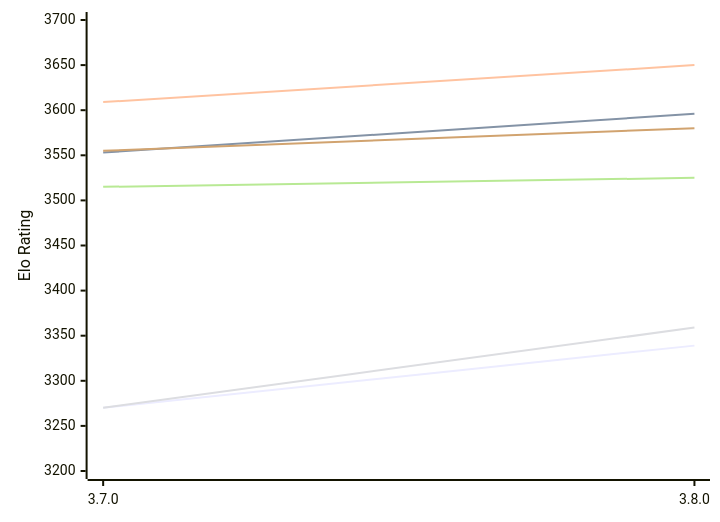
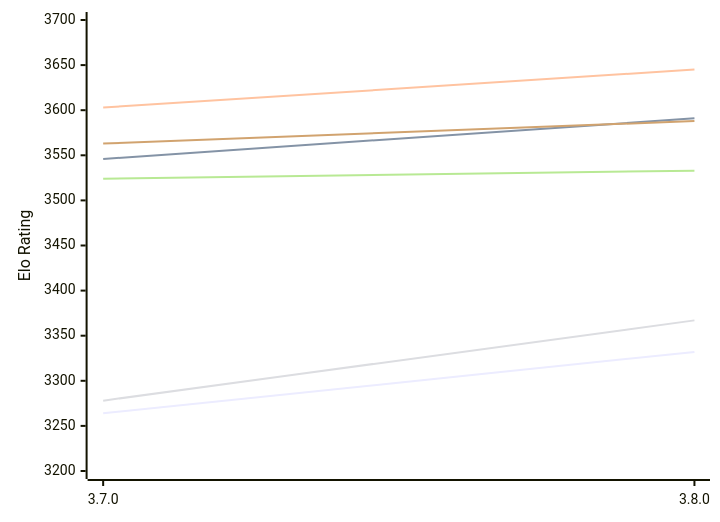
One commit to computer-chess-index/cci changed the first of 2 diagrams in engines/Igel.md. Above: the diagram before and after it, drawn with Mermaid. The commit also changed other lines of this file, not shown here.

Commit message:
Update CCI Ratings (ELO VLTC) - 2026-11-18

````diff
--- a/engines/Igel.md
+++ b/engines/Igel.md
@@ -51,12 +51,12 @@
 ```mermaid
 %%{init: {"theme":"base","themeVariables":{"seriesColors:['#a3a3a3','#222221','#faa371']}}}%%
 xychart-beta
   x-axis ["3.7.0", "3.8.0"]
   y-axis "Elo Rating" 3200 --> 3700
-  line "E1: STC (8.0+0.08s)" [3270, 3339]
-  line "E1: LTC (60.0+0.60s)" [3553, 3596]
-  line "E1: VLTC (2m24s+1.12s)" [3609, 3650]
-  line "P1: STC (8.0+0.08s)" [3270, 3359]
-  line "P1: LTC (60.0+0.60s)" [3515, 3525]
-  line "P1: VLTC (2m24s+1.12s)" [3555, 3580]
+  line "E1: STC (8.0+0.08s)" [3264, 3332]
+  line "E1: LTC (60.0+0.60s)" [3546, 3591]
+  line "E1: VLTC (2m24s+1.12s)" [3603, 3645]
+  line "P1: STC (8.0+0.08s)" [3278, 3367]
+  line "P1: LTC (60.0+0.60s)" [3524, 3533]
+  line "P1: VLTC (2m24s+1.12s)" [3563, 3588]
 ```
````
